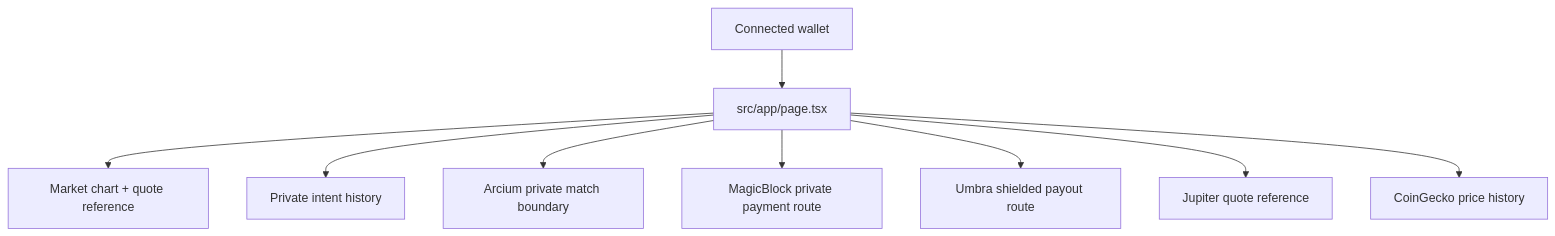
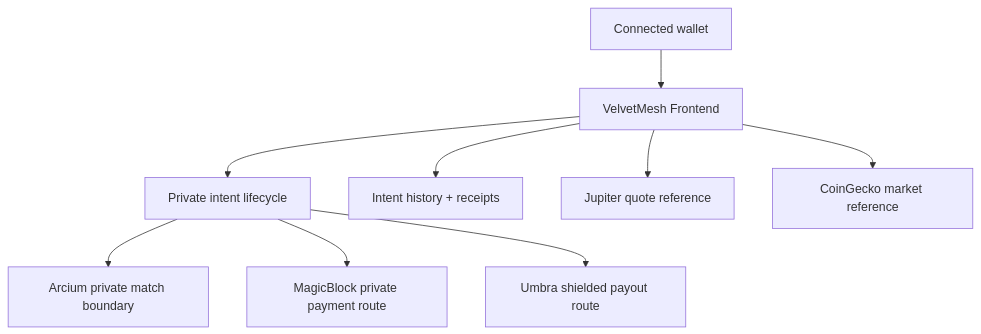
The first of 2 diagrams in ARCHITECTURE.md (N-45div/Velvet_frontend), drawn with Mermaid before and after one commit. The commit also changed other lines of this file, not shown here.

Commit message:
Rewrite VelvetMesh frontend architecture

````diff
--- a/ARCHITECTURE.md
+++ b/ARCHITECTURE.md
@@ -19,21 +25,21 @@
 ```mermaid
 graph TB
     USER["Connected wallet"]
-    PAGE["src/app/page.tsx"]
-    HISTORY["Private intent history"]
-    CHART["Market chart + quote reference"]
-    ARCIUM["Arcium private match boundary"]
+    APP["VelvetMesh Frontend"]
+    INTENT["Private intent lifecycle"]
+    HISTORY["Intent history + receipts"]
+    MATCH["Arcium private match boundary"]
     MAGIC["MagicBlock private payment route"]
     UMBRA["Umbra shielded payout route"]
-    JUPITER["Jupiter quote reference"]
-    COINGECKO["CoinGecko price history"]
+    JUP["Jupiter quote reference"]
+    CG["CoinGecko market reference"]
 
-    USER --> PAGE
-    PAGE --> CHART
-    PAGE --> HISTORY
-    PAGE --> ARCIUM
-    PAGE --> MAGIC
-    PAGE --> UMBRA
-    PAGE --> JUPITER
-    PAGE --> COINGECKO
+    USER --> APP
+    APP --> INTENT
+    APP --> HISTORY
+    INTENT --> MATCH
+    INTENT --> MAGIC
+    INTENT --> UMBRA
+    APP --> JUP
+    APP --> CG
 ```
````
